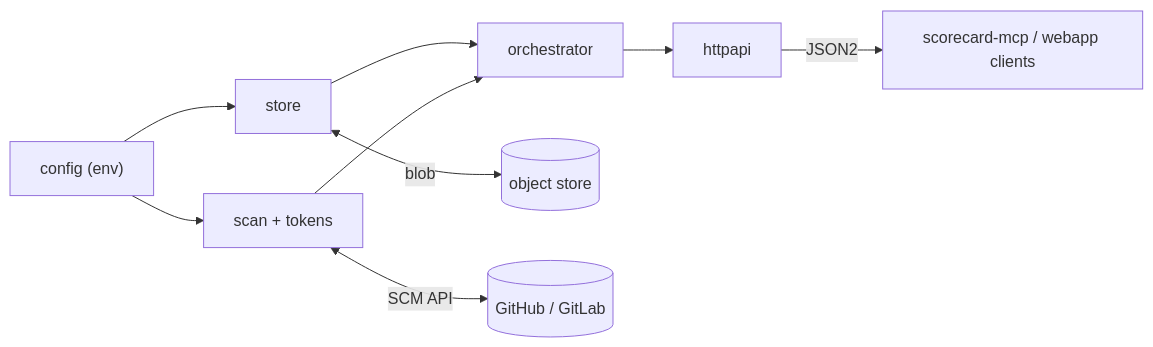
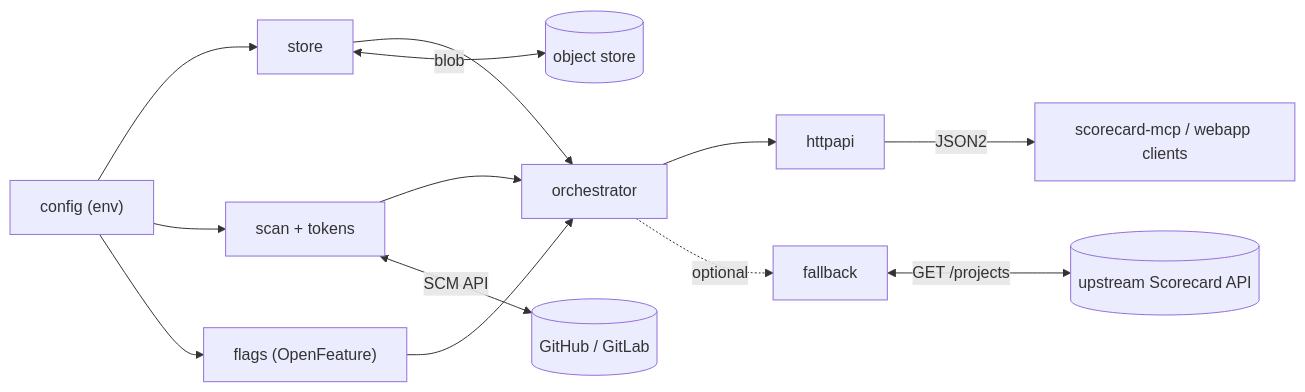
One commit to justaugustus/scorecard-infra changed the second of 2 diagrams in README.md. Above: the diagram before and after it, drawn with Mermaid. The commit also changed other lines of this file and 22 other files, not shown here.

First line of the commit message:
Add fallback API server functionality (#10)

````diff
--- a/README.md
+++ b/README.md
@@ -89,11 +104,15 @@
 ```mermaid
 flowchart LR
     CFG["config (env)"] --> ST["store"]
     CFG --> SC["scan + tokens"]
+    CFG --> FL["flags (OpenFeature)"]
     ST --> OR["orchestrator"]
     SC --> OR
+    FL --> OR
     OR --> API["httpapi"]
+    OR -. "optional" .-> FB["fallback"]
     API -- "JSON2" --> CLI["scorecard-mcp / webapp clients"]
     ST <-- "blob" --> BK[("object store")]
     SC <-- "SCM API" --> GH[("GitHub / GitLab")]
+    FB <-- "GET /projects" --> UP[("upstream Scorecard API")]
 ```
````
